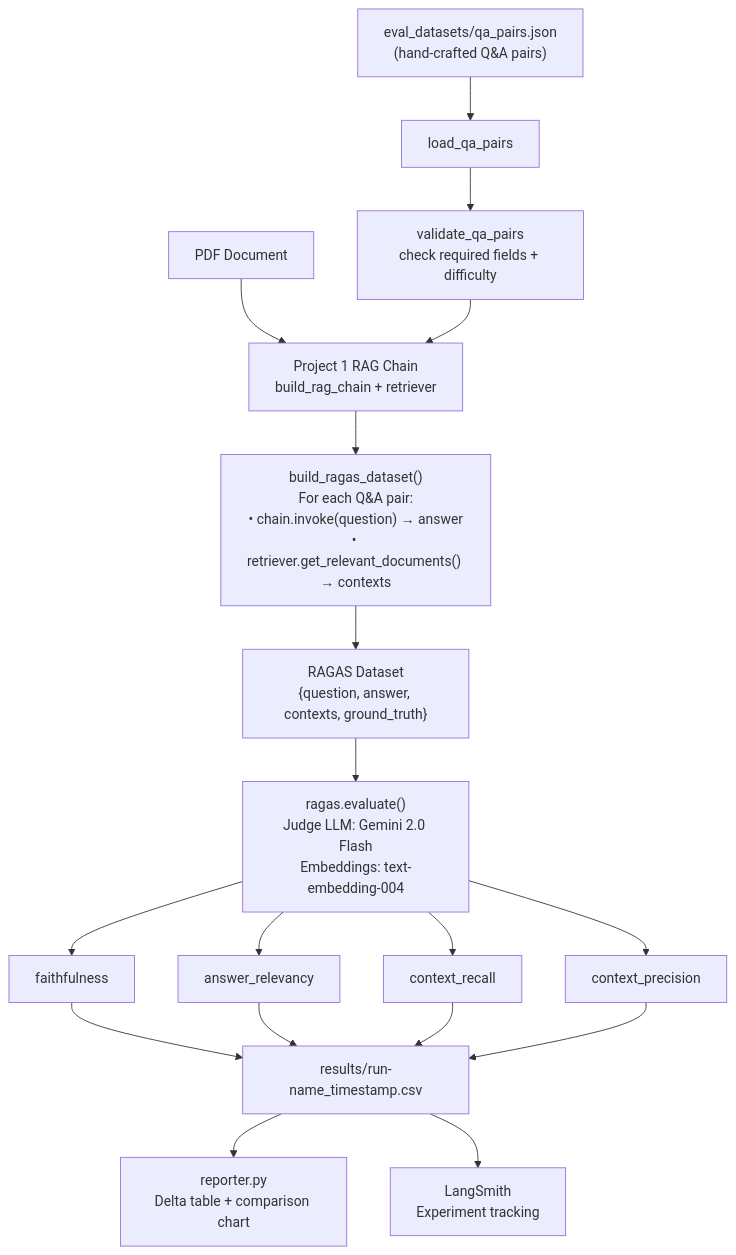
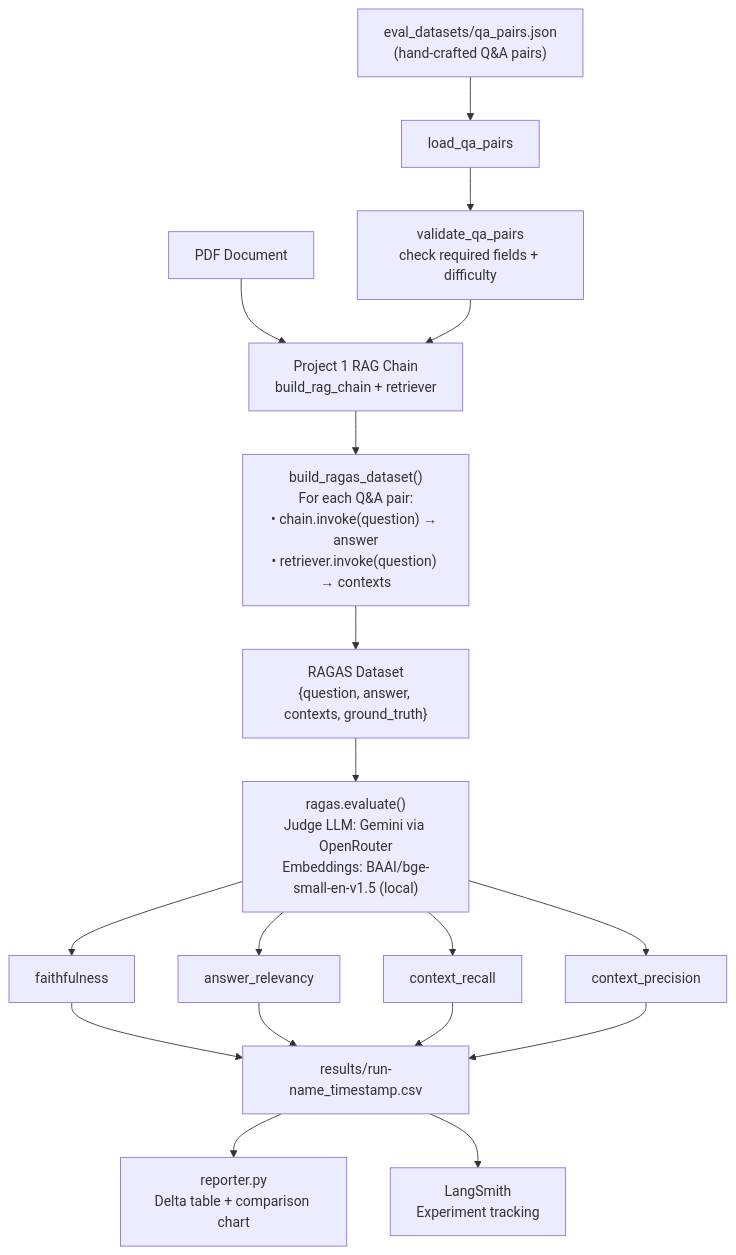
The diagram in README.md (themoizqureshi/rag-evaluation-pipeline), drawn with Mermaid before and after one commit. The commit also changed other lines of this file and 2 other files, not shown here.

Commit message:
docs: update README and architecture to reflect HuggingFace embeddings and OpenRouter

````diff
--- a/README.md
+++ b/README.md
@@ -55,23 +68,23 @@
 ```mermaid
 graph TD
     A["eval_datasets/qa_pairs.json\n(hand-crafted Q&A pairs)"] --> B[load_qa_pairs]
     B --> C[validate_qa_pairs\ncheck required fields + difficulty]
 
     D[PDF Document] --> E["Project 1 RAG Chain\nbuild_rag_chain + retriever"]
     C --> E
 
-    E --> F["build_ragas_dataset()\nFor each Q&A pair:\n• chain.invoke(question) → answer\n• retriever.get_relevant_documents() → contexts"]
+    E --> F["build_ragas_dataset()\nFor each Q&A pair:\n• chain.invoke(question) → answer\n• retriever.invoke(question) → contexts"]
 
     F --> G["RAGAS Dataset\n{question, answer, contexts, ground_truth}"]
 
-    G --> H["ragas.evaluate()\nJudge LLM: Gemini 2.0 Flash\nEmbeddings: text-embedding-004"]
+    G --> H["ragas.evaluate()\nJudge LLM: Gemini via OpenRouter\nEmbeddings: BAAI/bge-small-en-v1.5 (local)"]
 
     H --> I[faithfulness]
     H --> J[answer_relevancy]
     H --> K[context_recall]
     H --> L[context_precision]
 
     I & J & K & L --> M["results/run-name_timestamp.csv"]
     M --> N["reporter.py\nDelta table + comparison chart"]
     M --> O["LangSmith\nExperiment tracking"]
 ```
````
